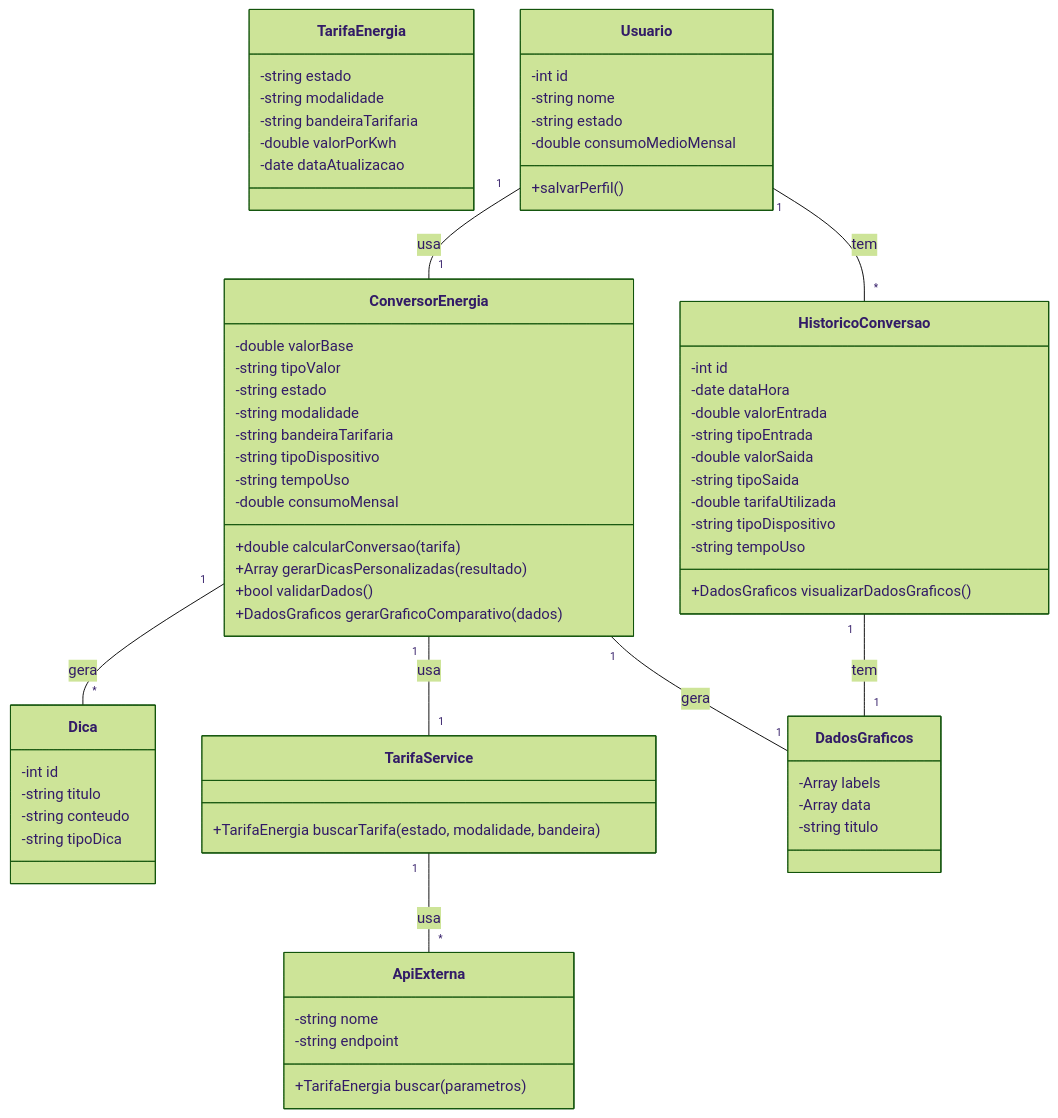
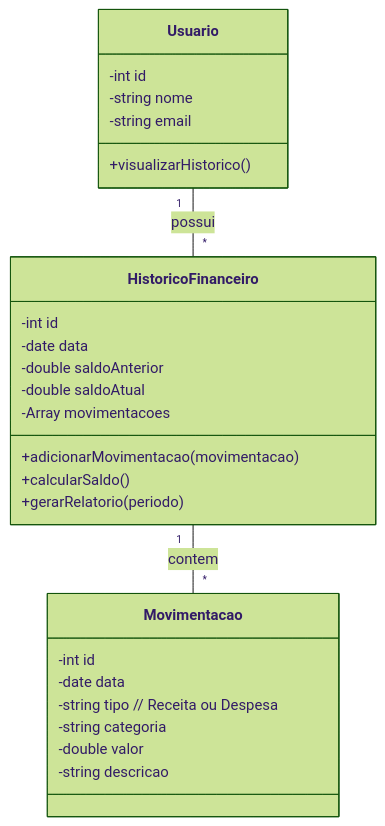
One commit to ICEI-PUC-Minas-PMV-ADS/pmv-ads-2025-2-e2-proj-int-t9-savemoney changed the diagram in docs/requisitos/r16-historico-financeiro/Arquitetura da Solução.md. Above: the diagram before and after it, drawn with Mermaid (forest theme). The commit also changed other lines of this file and 7 other files, not shown here.

````diff
--- a/docs/requisitos/r16-historico-financeiro/Arquitetura da Solução.md
+++ b/docs/requisitos/r16-historico-financeiro/Arquitetura da Solução.md
@@ -9,77 +9,32 @@
 ```mermaid
 classDiagram
-    class ConversorEnergia {
-        -double valorBase
-        -string tipoValor
-        -string estado
-        -string modalidade
-        -string bandeiraTarifaria
-        -string tipoDispositivo
-        -string tempoUso
-        -double consumoMensal
-        +double calcularConversao(tarifa)
-        +Array gerarDicasPersonalizadas(resultado)
-        +bool validarDados()
-        +DadosGraficos gerarGraficoComparativo(dados)
+    class HistoricoFinanceiro {
+        -int id
+        -date data
+        -double saldoAnterior
+        -double saldoAtual
+        -Array<Movimentacao> movimentacoes
+        +adicionarMovimentacao(movimentacao)
+        +calcularSaldo()
+        +gerarRelatorio(periodo)
     }
 
-    class HistoricoConversao {
+    class Movimentacao {
         -int id
-        -date dataHora
-        -double valorEntrada
-        -string tipoEntrada
-        -double valorSaida
-        -string tipoSaida
-        -double tarifaUtilizada
-        -string tipoDispositivo
-        -string tempoUso
-        +DadosGraficos visualizarDadosGraficos()
-    }
-
-    class TarifaEnergia {
-        -string estado
-        -string modalidade
-        -string bandeiraTarifaria
-        -double valorPorKwh
-        -date dataAtualizacao
+        -date data
+        -string tipo // Receita ou Despesa
+        -string categoria
+        -double valor
+        -string descricao
     }
 
     class Usuario {
         -int id
         -string nome
-        -string estado
-        -double consumoMedioMensal
-        +salvarPerfil()
+        -string email
+        +visualizarHistorico()
     }
 
-    class Dica {
-        -int id
-        -string titulo
-        -string conteudo
-        -string tipoDica
-    }
-
-    class TarifaService {
-        +TarifaEnergia buscarTarifa(estado, modalidade, bandeira)
-    }
-
-    class ApiExterna {
-        -string nome
-        -string endpoint
-        +TarifaEnergia buscar(parametros)
-    }
-
-    class DadosGraficos {
-        -Array labels
-        -Array data
-        -string titulo
-    }
-
-    Usuario "1" -- "*" HistoricoConversao : tem
-    Usuario "1" -- "1" ConversorEnergia : usa
-    ConversorEnergia "1" -- "1" TarifaService : usa
-    TarifaService "1" -- "*" ApiExterna : usa
-    ConversorEnergia "1" -- "*" Dica : gera
-    ConversorEnergia "1" -- "1" DadosGraficos : gera
-    HistoricoConversao "1" -- "1" DadosGraficos : tem
+    Usuario "1" -- "*" HistoricoFinanceiro : possui
+    HistoricoFinanceiro "1" -- "*" Movimentacao : contem
 ```
````
